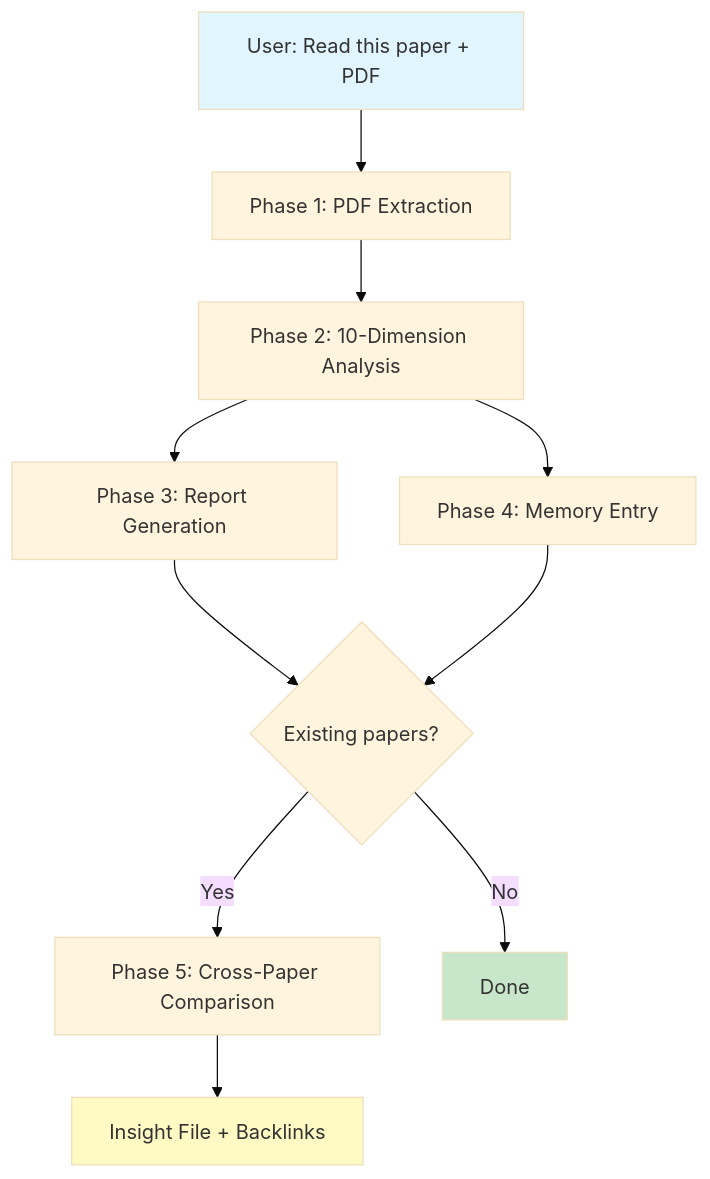
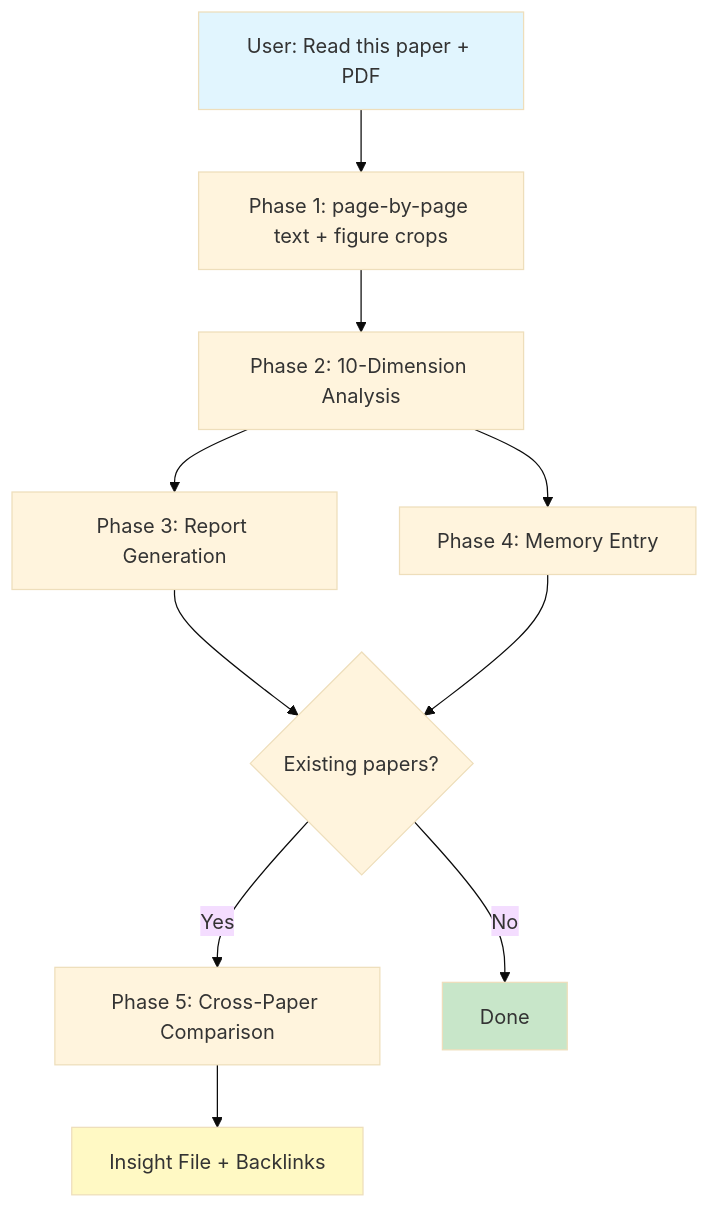
Before and after one commit to huyang51/deep_read_paper_skill: the diagram in README.md, drawn with Mermaid (base theme). The commit also changed other lines of this file and 5 other files, not shown here.

First line of the commit message:
feat(figures): 视觉通道——几何裁剪提取论文图表并嵌入报告（修 Figure Blindness）

````diff
--- a/README.md
+++ b/README.md
@@ -49,16 +50,16 @@
 ```mermaid
 graph TD
-    A["User: Read this paper + PDF"] --> B["Phase 1: PDF Extraction"]
+    A["User: Read this paper + PDF"] --> B["Phase 1: page-by-page text + figure crops"]
     B --> C["Phase 2: 10-Dimension Analysis"]
     C --> D["Phase 3: Report Generation"]
     C --> E["Phase 4: Memory Entry"]
     D --> F{"Existing papers?"}
     E --> F
     F -->|"Yes"| G["Phase 5: Cross-Paper Comparison"]
     F -->|"No"| H["Done"]
     G --> I["Insight File + Backlinks"]
 
     style A fill:#e1f5fe
     style H fill:#c8e6c9
     style I fill:#fff9c4
 ```
````
